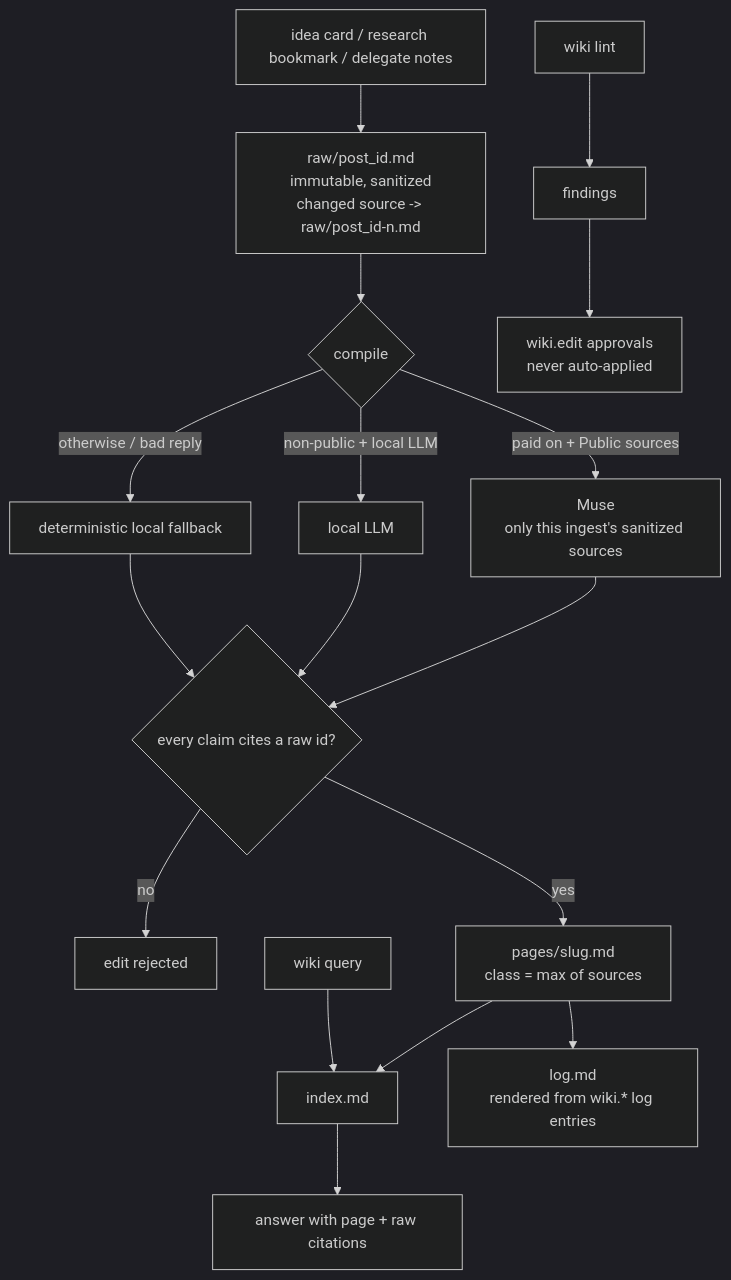
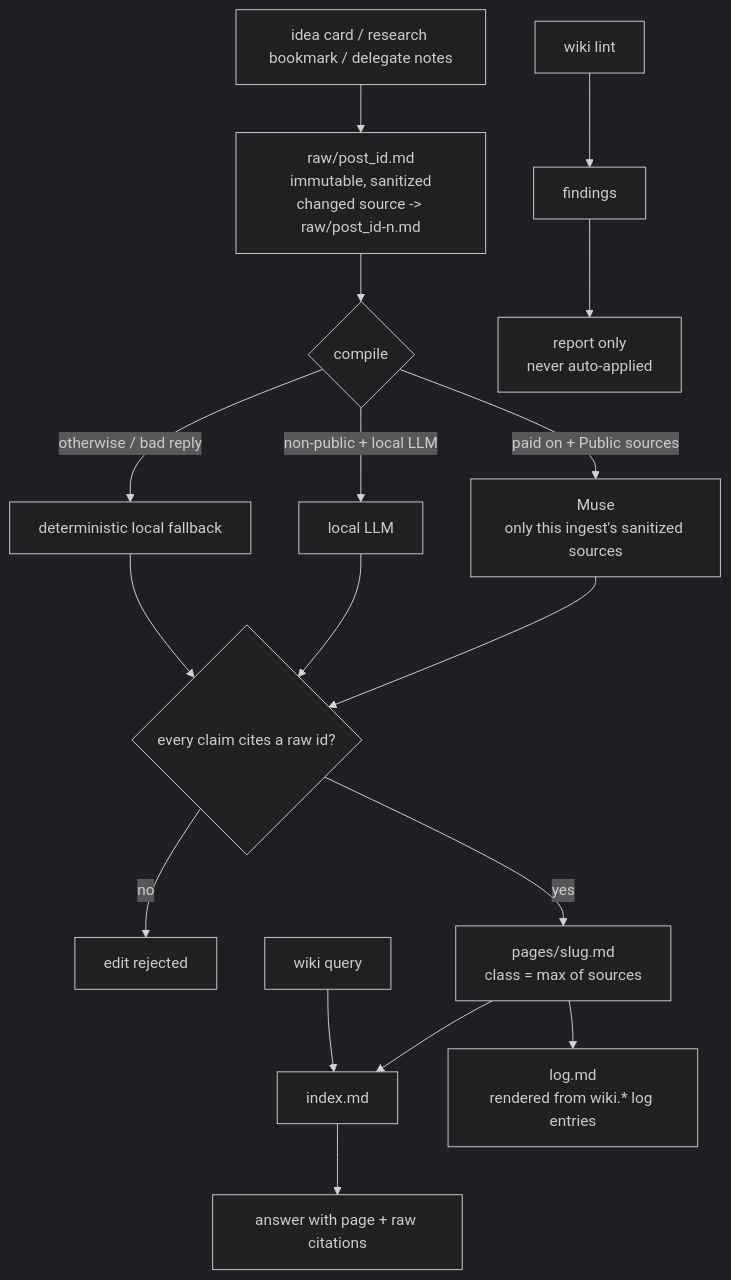
Before and after one commit to nathandavidgreene/ancientos-hackathon: the eighth of 8 diagrams in docs/flows.md, drawn with Mermaid (dark theme). The commit also changed other lines of this file and 11 other files, not shown here.

````diff
--- a/docs/flows.md
+++ b/docs/flows.md
@@ -142,15 +142,15 @@
 ```mermaid
 flowchart TD
   SRC[idea card / research bookmark / delegate notes] --> RAW[raw/post_id.md<br/>immutable, sanitized<br/>changed source -> raw/post_id-n.md]
   RAW --> CMP{compile}
   CMP -- paid on + Public sources --> MUSE[Muse<br/>only this ingest's sanitized sources]
   CMP -- non-public + local LLM --> LLM[local LLM]
   CMP -- otherwise / bad reply --> DET[deterministic local fallback]
   MUSE & LLM & DET --> CITE{every claim cites a raw id?}
   CITE -- no --> REJ[edit rejected]
   CITE -- yes --> PG[pages/slug.md<br/>class = max of sources]
   PG --> IDX[index.md]
   PG --> WLOG[log.md<br/>rendered from wiki.* log entries]
   Q[wiki query] --> IDX --> ANS[answer with page + raw citations]
-  LINT[wiki lint] --> FIND[findings] --> APR[wiki.edit approvals<br/>never auto-applied]
+  LINT[wiki lint] --> FIND[findings] --> APR[report only<br/>never auto-applied]
 ```
````
